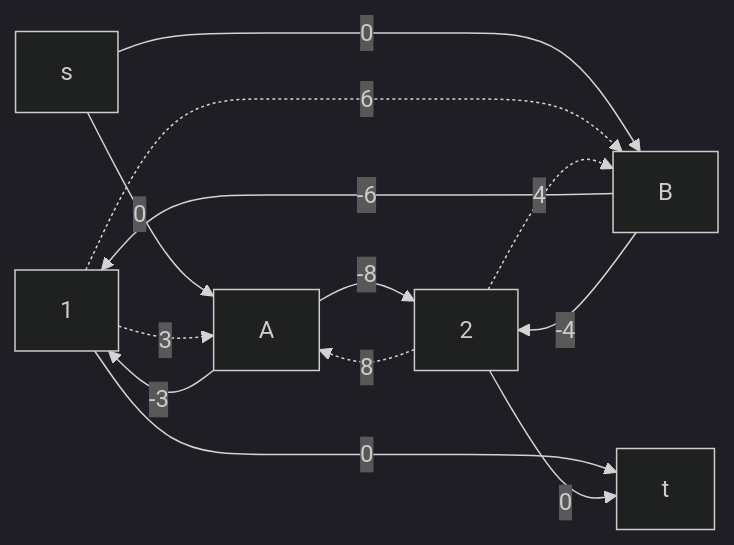
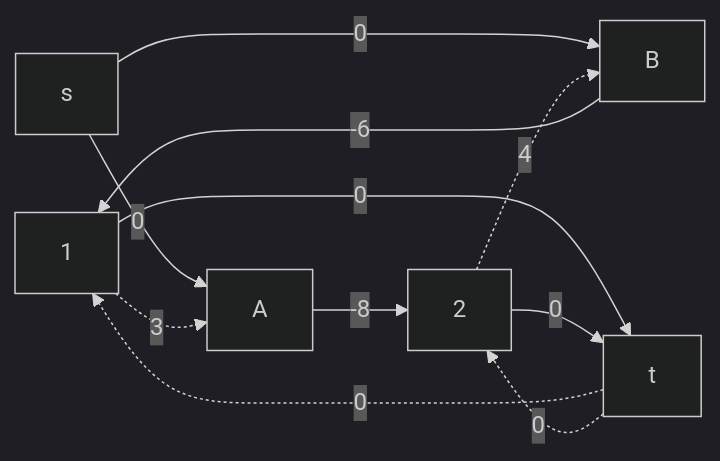
One commit to hse-algo-24-crow/manual-tasks-crow changed the third of 5 diagrams in task-14/python-gang.md. Above: the diagram before and after it, drawn with Mermaid (dark theme). The commit also changed other lines of this file, not shown here.

````diff
--- a/task-14/python-gang.md
+++ b/task-14/python-gang.md
@@ -67,17 +70,16 @@
 ```mermaid
 graph LR
     s-->|0|A
     s-->|0|B
 
-    A-->|-3|1
     1-.->|3|A
     A-->|-8|2
-    2-.->|8|A
+
     B-->|-6|1
-    1-.->|6|B
-    B-->|-4|2
     2-.->|4|B
 
     1-->|0|t
+    t-.->|0|1
     2-->|0|t
+    t-.->|0|2
 ```
````
